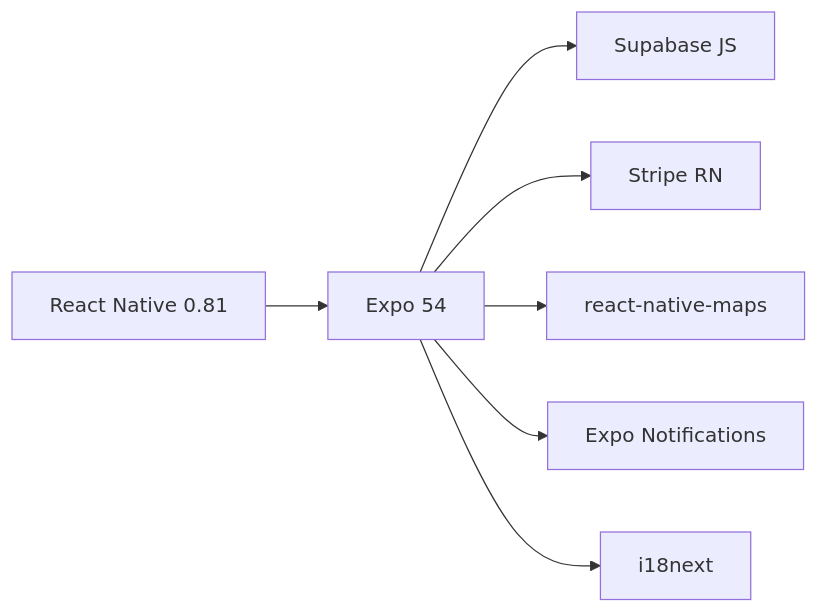
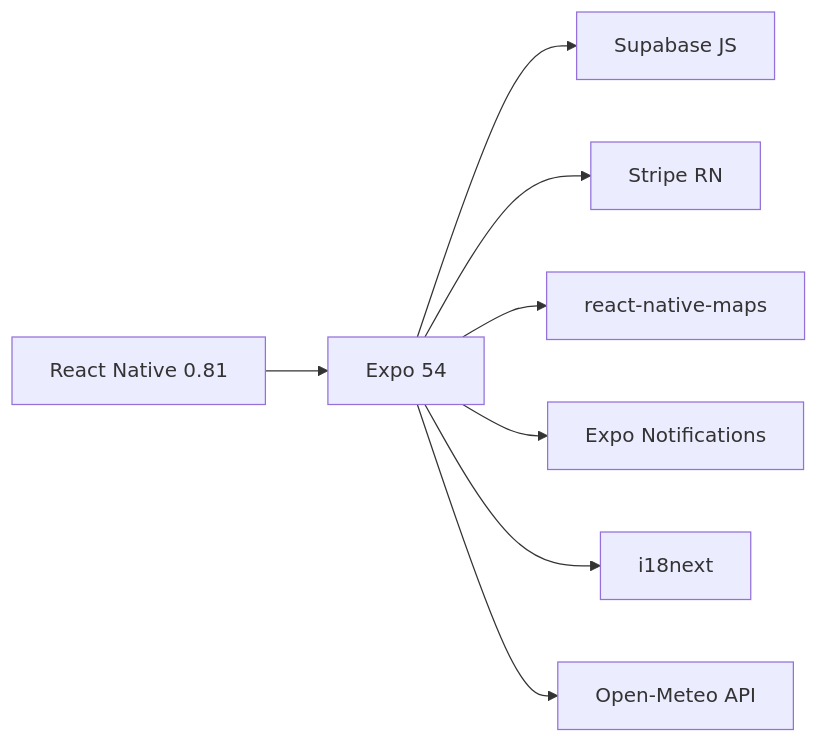
The third of 16 diagrams in TECNICA.md (msabbar02/PawMate), drawn with Mermaid before and after one commit. The commit also changed other lines of this file and 12 other files, not shown here.

````diff
--- a/TECNICA.md
+++ b/TECNICA.md
@@ -106,9 +108,10 @@
 ```mermaid
 graph LR
     A[React Native 0.81] --> B[Expo 54]
     B --> C[Supabase JS]
     B --> D[Stripe RN]
     B --> E[react-native-maps]
     B --> F[Expo Notifications]
     B --> G[i18next]
+    B --> H[Open-Meteo API]
 ```
````
